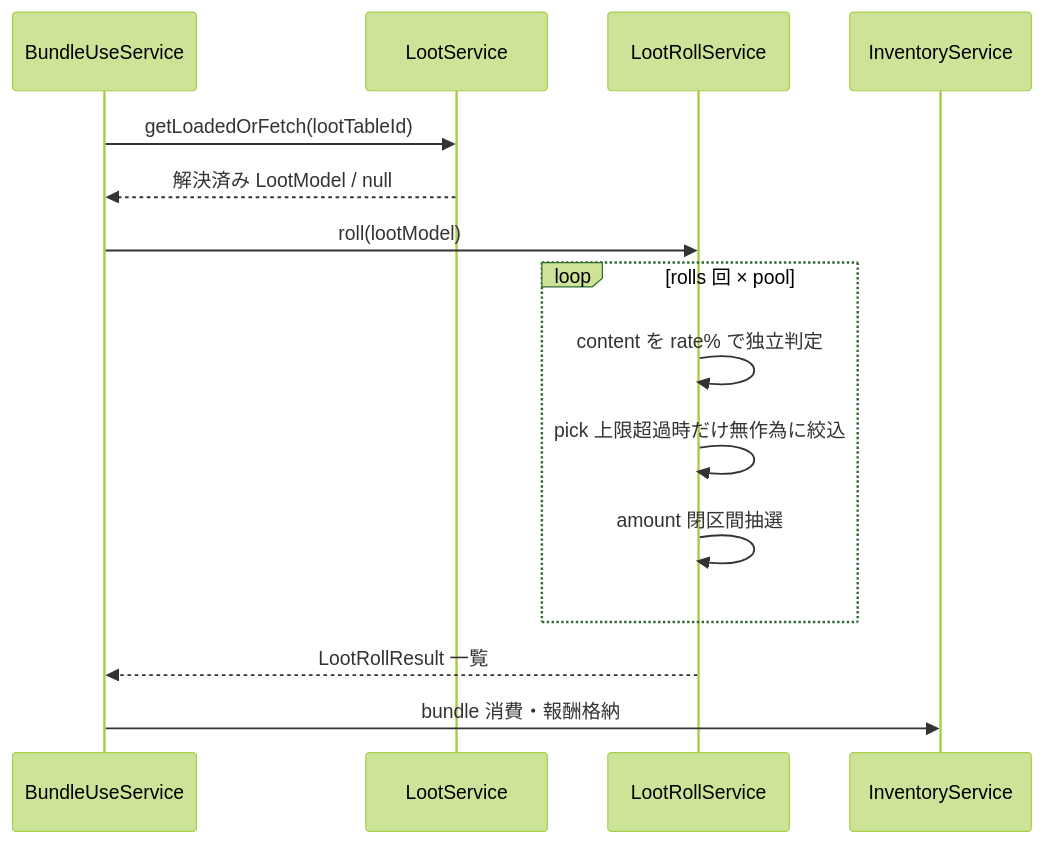
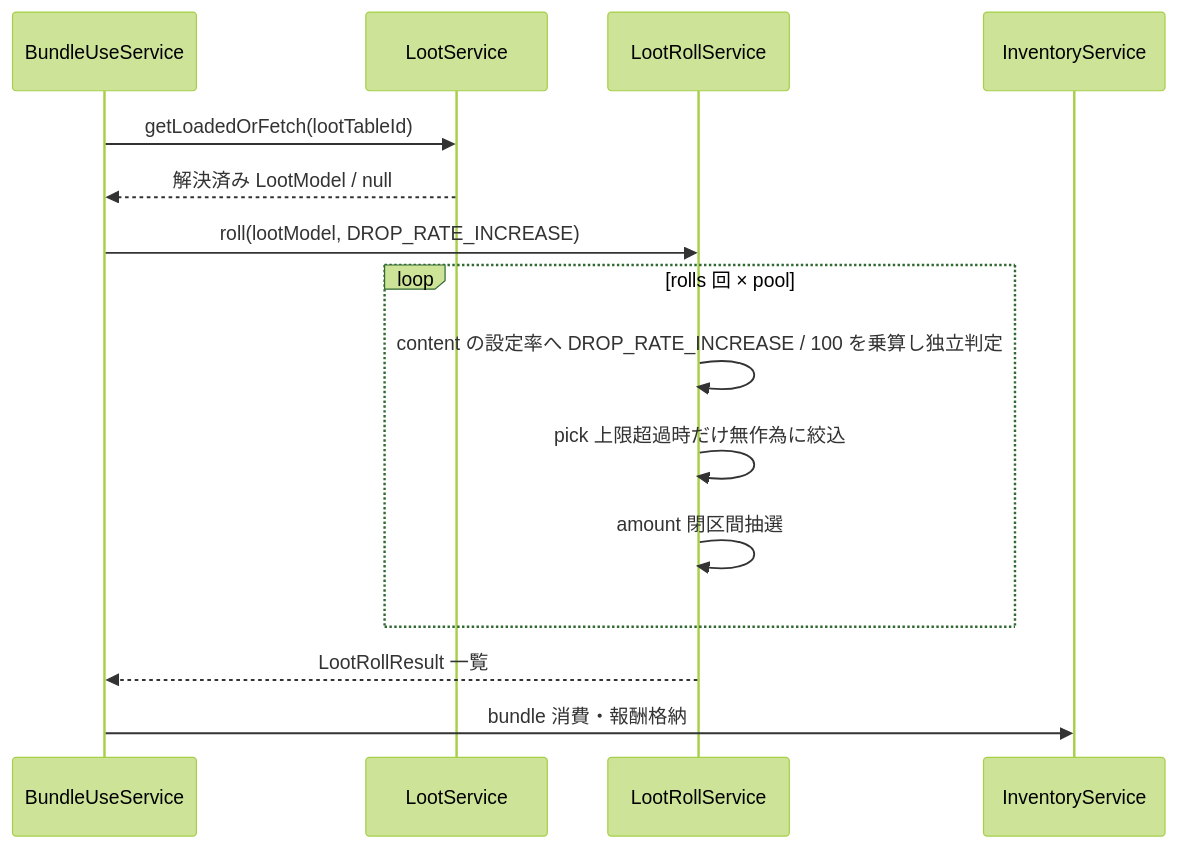
The fourth of 5 diagrams in 00_docs/10_Plugin設計書/feature/06-loot/06_4-統合フロー.md (maaasu/AstralRecord-Workspace), drawn with Mermaid (forest theme) before and after one commit. The commit also changed other lines of this file and 24 other files, not shown here.

````diff
--- a/00_docs/10_Plugin設計書/feature/06-loot/06_4-統合フロー.md
+++ b/00_docs/10_Plugin設計書/feature/06-loot/06_4-統合フロー.md
@@ -93,18 +93,18 @@
 ```mermaid
 sequenceDiagram
     participant B as BundleUseService
     participant S as LootService
     participant R as LootRollService
     participant I as InventoryService
 
     B->>S: getLoadedOrFetch(lootTableId)
     S-->>B: 解決済み LootModel / null
-    B->>R: roll(lootModel)
+    B->>R: roll(lootModel, DROP_RATE_INCREASE)
     loop rolls 回 × pool
-        R->>R: content を rate% で独立判定
+        R->>R: content の設定率へ DROP_RATE_INCREASE / 100 を乗算し独立判定
         R->>R: pick 上限超過時だけ無作為に絞込
         R->>R: amount 閉区間抽選
     end
     R-->>B: LootRollResult 一覧
     B->>I: bundle 消費・報酬格納
 ```
````
